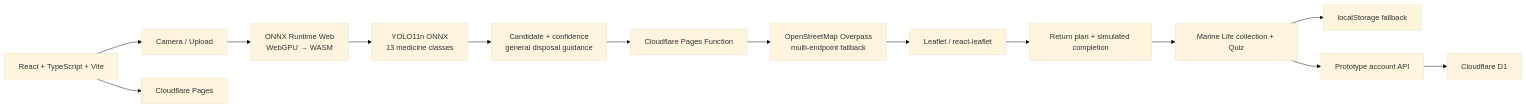
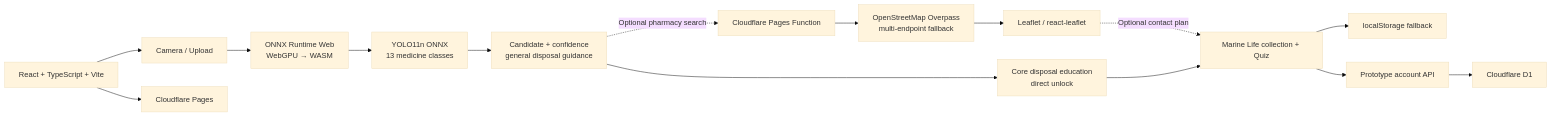
Before and after one commit to syshpagamo-hue/MediCycle-Web: the diagram in README.md, drawn with Mermaid (base theme). The commit also changed other lines of this file and 4 other files, not shown here.

Commit message:
Make pharmacy search optional for marine unlock

````diff
--- a/README.md
+++ b/README.md
@@ -56,16 +56,17 @@
 ```mermaid
 flowchart LR
     A[React + TypeScript + Vite] --> B[Camera / Upload]
     B --> C[ONNX Runtime Web<br/>WebGPU → WASM]
     C --> D[YOLO11n ONNX<br/>13 medicine classes]
     D --> E[Candidate + confidence<br/>general disposal guidance]
-    E --> F[Cloudflare Pages Function]
+    E --> H[Core disposal education<br/>direct unlock]
+    E -. Optional pharmacy search .-> F[Cloudflare Pages Function]
     F --> L[OpenStreetMap Overpass<br/>multi-endpoint fallback]
     L --> G[Leaflet / react-leaflet]
-    G --> H[Return plan + simulated completion]
+    G -. Optional contact plan .-> I
     H --> I[Marine Life collection + Quiz]
     I --> J[localStorage fallback]
     I --> M[Prototype account API]
     M --> N[Cloudflare D1]
     A --> K[Cloudflare Pages]
 ```
````
